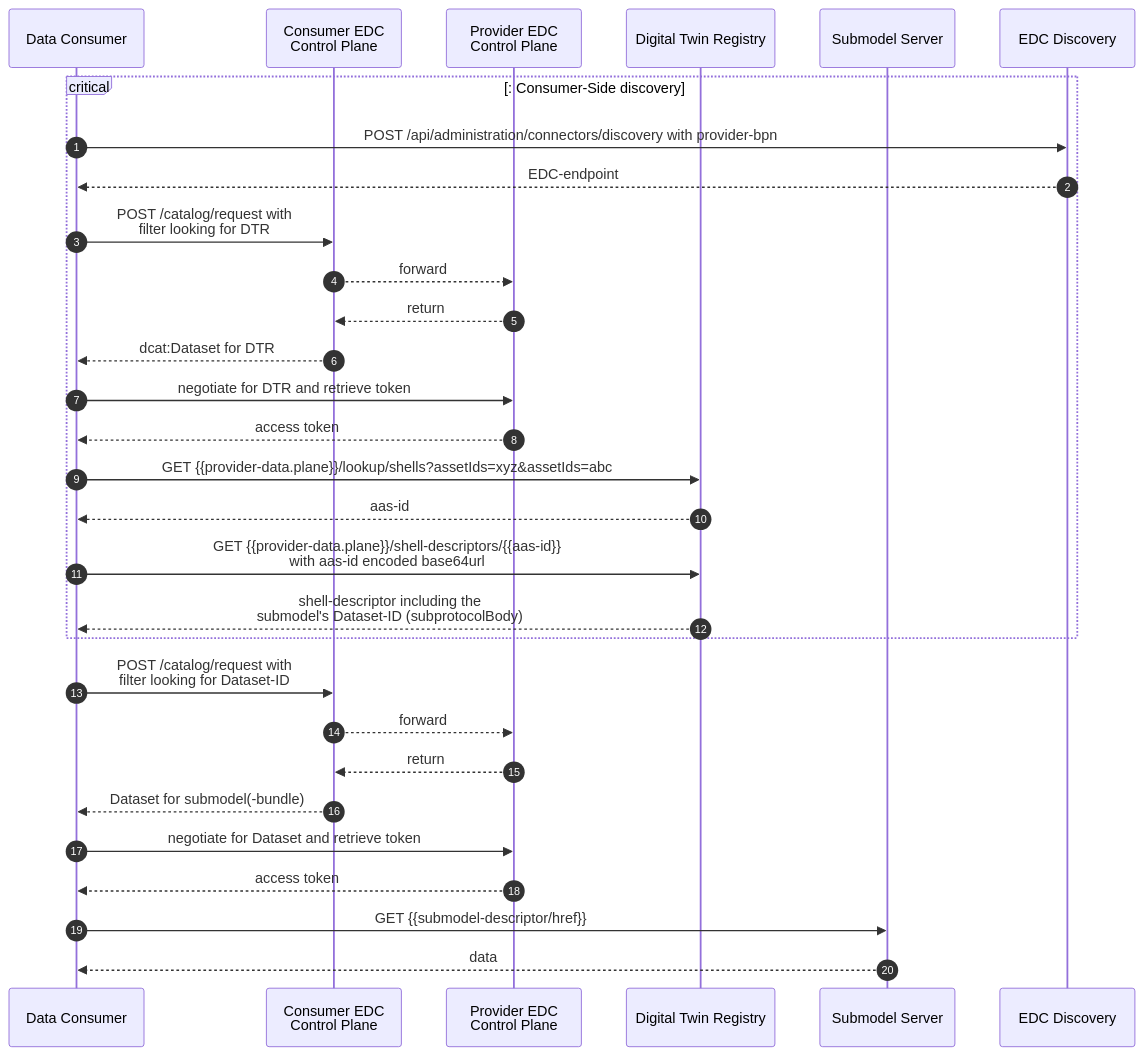
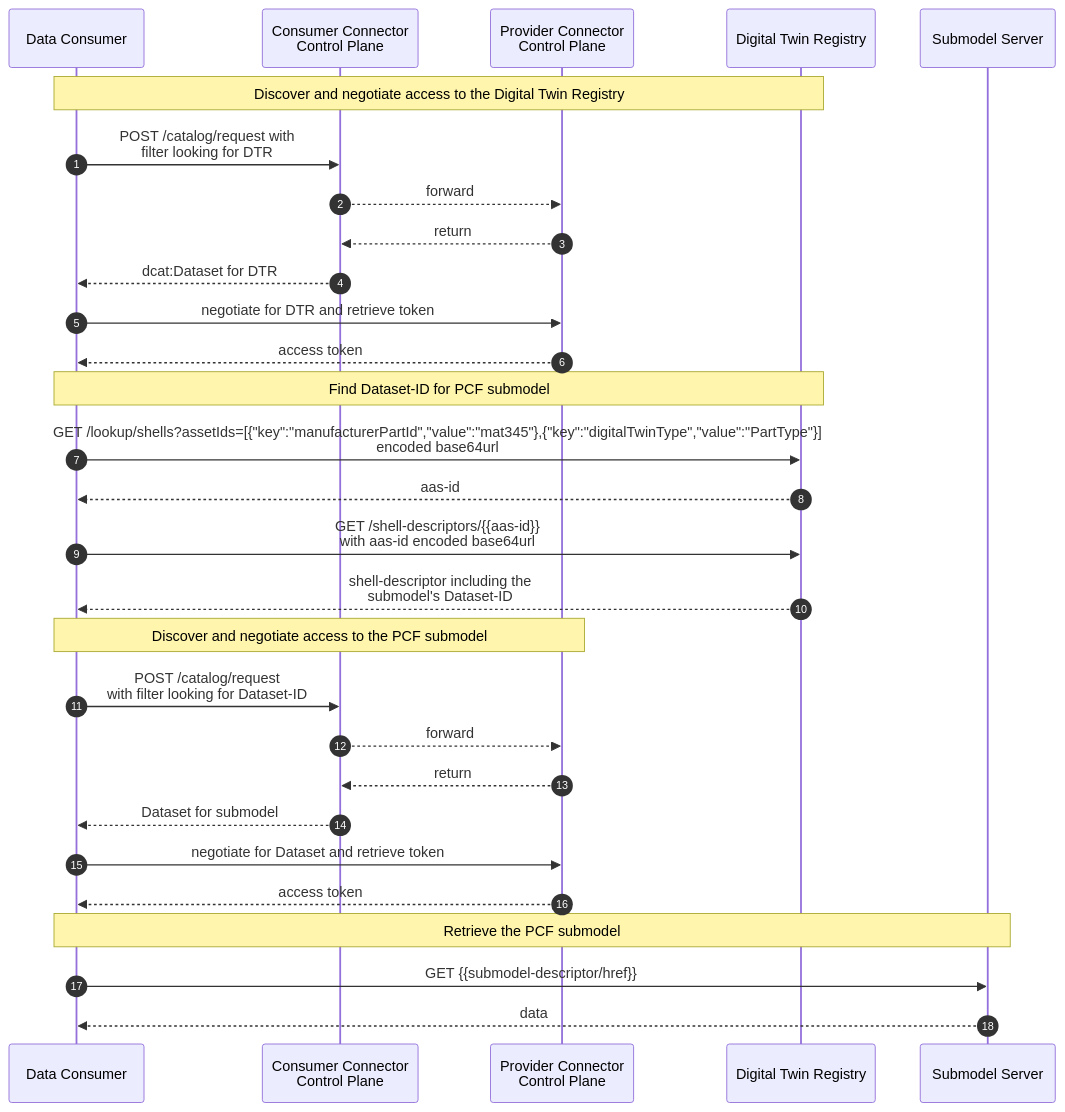
The first of 2 diagrams in docs/standards/CX-0136-UseCasePCF/CX-0136-UseCasePCF.md (catenax-eV/catenax-ev.github.io), drawn with Mermaid before and after one commit. The commit also changed other lines of this file and 247 other files, not shown here.

````diff
--- a/docs/standards/CX-0136-UseCasePCF/CX-0136-UseCasePCF.md
+++ b/docs/standards/CX-0136-UseCasePCF/CX-0136-UseCasePCF.md
@@ -692,33 +378,43 @@
 ```mermaid
 sequenceDiagram
-    participant Con as Data Consumer
-    participant CEDC as Consumer EDC <br/>Control Plane
-    participant PEDC as Provider EDC <br/>Control Plane
-    participant DTR as Digital Twin Registry
-    participant SM as Submodel Server
-    participant EDCD as EDC Discovery
+  participant Con as Data Consumer
+  participant CConnector as Consumer Connector <br/>Control Plane
+  participant PConnector as Provider Connector <br/>Control Plane
+  participant DTR as Digital Twin Registry
+  participant SM as Submodel Server
 
-autonumber
-    critical: Consumer-Side discovery
-        Con->>EDCD: POST /api/administration/connectors/discovery with provider-bpn
-        EDCD-->>Con: EDC-endpoint
-        Con->>CEDC: POST /catalog/request with <br/>filter looking for DTR
-        CEDC-->>PEDC: forward
-        PEDC-->>CEDC: return
-        CEDC-->>Con: dcat:Dataset for DTR
-        Con->>PEDC: negotiate for DTR and retrieve token
-        PEDC-->>Con: access token
-        Con->>DTR: GET {{provider-data.plane}}/lookup/shells?assetIds=xyz&assetIds=abc
-        DTR-->>Con: aas-id
-        Con->>DTR: GET {{provider-data.plane}}/shell-descriptors/{{aas-id}} <br/> with aas-id encoded base64url
-        DTR-->>Con: shell-descriptor including the  <br/> submodel's Dataset-ID (subprotocolBody)
-     end
-        Con->>CEDC: POST /catalog/request with <br/>filter looking for Dataset-ID
-        CEDC-->>PEDC: forward
-        PEDC-->>CEDC: return
-        CEDC-->>Con: Dataset for submodel(-bundle)
-        Con->>PEDC: negotiate for Dataset and retrieve token
-        PEDC-->>Con: access token
-        Con->>SM: GET {{submodel-descriptor/href}}
-        SM-->>Con: data
+  autonumber
+
+  Note over Con,DTR: Discover and negotiate access to the Digital Twin Registry
+
+  Con->>CConnector: POST /catalog/request with <br/>filter looking for DTR
+  CConnector-->>PConnector: forward
+  PConnector-->>CConnector: return
+  CConnector-->>Con: dcat:Dataset for DTR
+
+  Con->>PConnector: negotiate for DTR and retrieve token
+  PConnector-->>Con: access token
+
+  Note over Con,DTR: Find Dataset-ID for PCF submodel
+
+  Con->>DTR: GET /lookup/shells?assetIds=[{"key":"manufacturerPartId","value":"mat345"},{"key":"digitalTwinType","value":"PartType"}] <br/> encoded base64url
+  DTR-->>Con: aas-id
+
+  Con->>DTR: GET /shell-descriptors/{{aas-id}} <br/>with aas-id encoded base64url
+  DTR-->>Con: shell-descriptor including the <br/>submodel's Dataset-ID
+
+  Note over Con,PConnector: Discover and negotiate access to the PCF submodel
+
+  Con->>CConnector: POST /catalog/request <br/>with filter looking for Dataset-ID
+  CConnector-->>PConnector: forward
+  PConnector-->>CConnector: return
+  CConnector-->>Con: Dataset for submodel
+
+  Con->>PConnector: negotiate for Dataset and retrieve token
+  PConnector-->>Con: access token
+
+  Note over Con,SM: Retrieve the PCF submodel
+
+  Con->>SM: GET {{submodel-descriptor/href}}
+  SM-->>Con: data
 ```
````
